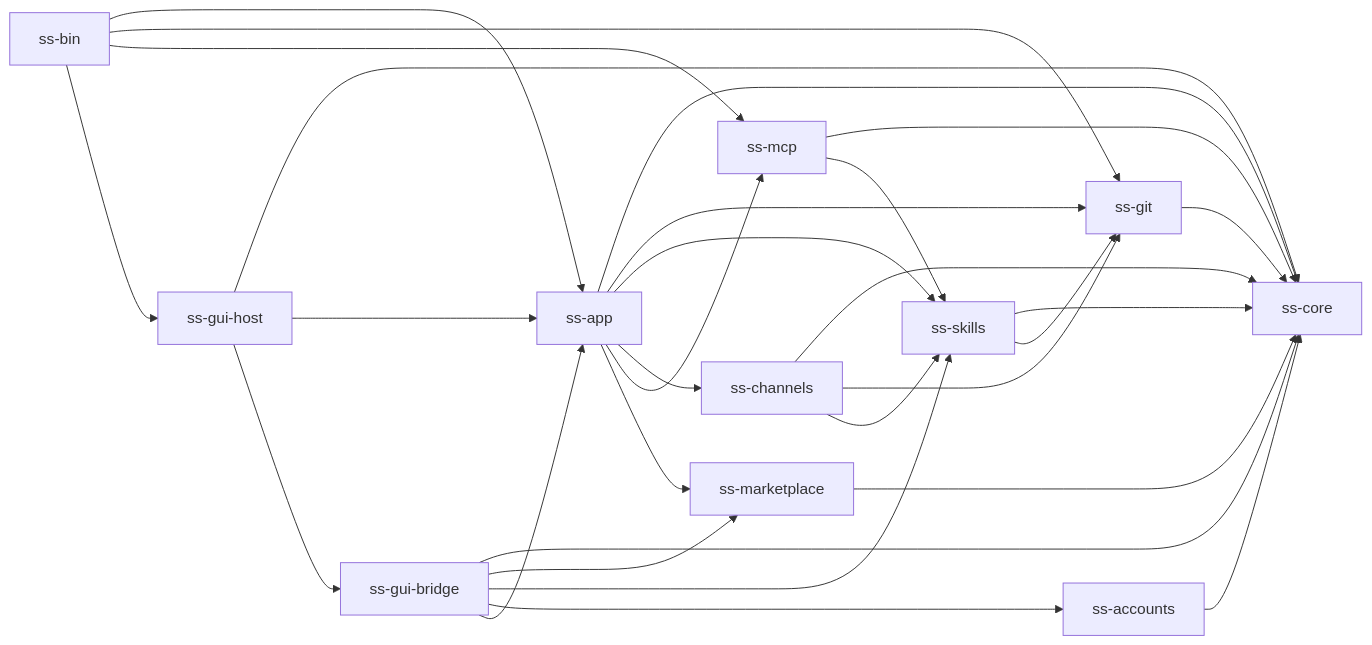
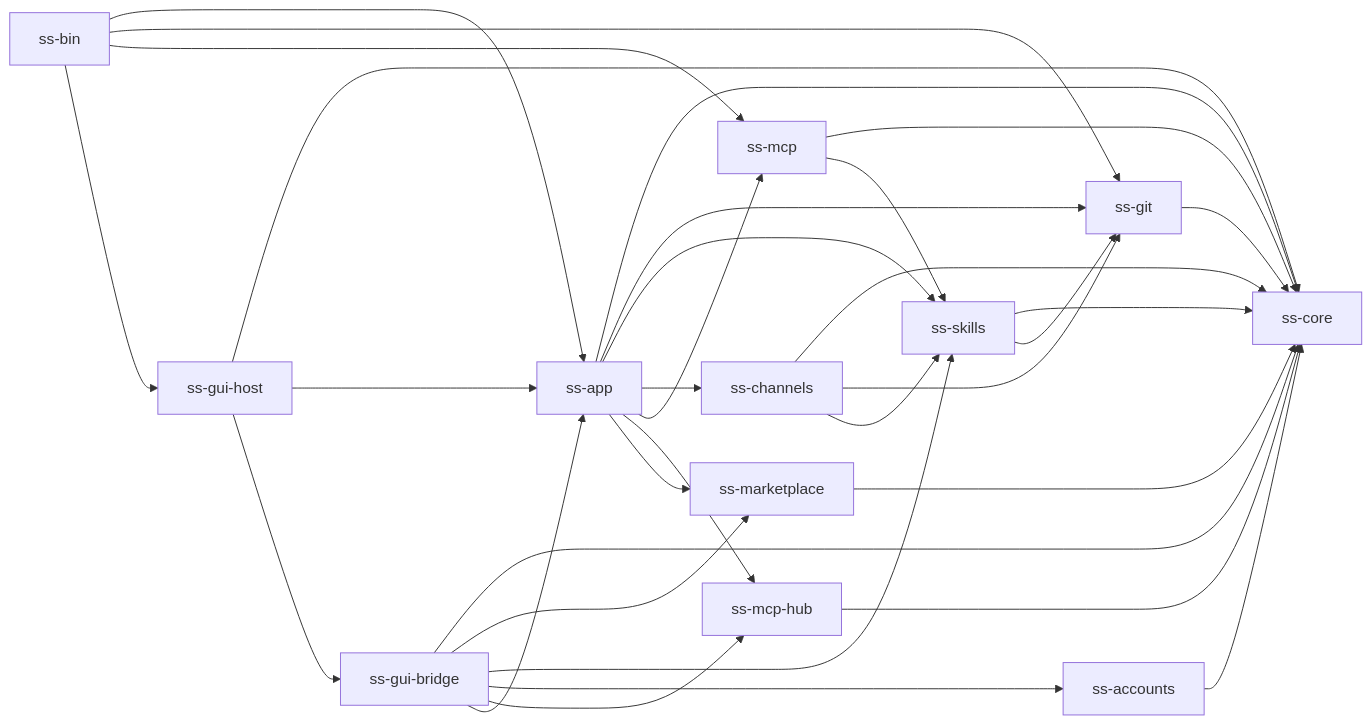
One commit to xxww0098/SkillStar changed the diagram in docs/boundaries.md. Above: the diagram before and after it, drawn with Mermaid. The commit also changed other lines of this file and 496 other files, not shown here.

First line of the commit message:
feat: add MCP hub and shared channels, retire Gemini CLI

````diff
--- a/docs/boundaries.md
+++ b/docs/boundaries.md
@@ -80,43 +82,47 @@
 ```mermaid
 flowchart LR
   core["ss-core"]
   git["ss-git"]
   accounts["ss-accounts"]
   market["ss-marketplace"]
   skills["ss-skills"]
   channels["ss-channels"]
   mcp["ss-mcp"]
+  mcphub["ss-mcp-hub"]
   app["ss-app"]
   bridge["ss-gui-bridge"]
   host["ss-gui-host"]
   bin["ss-bin"]
 
   git --> core
   accounts --> core
   market --> core
   skills --> core
   skills --> git
   channels --> core
   channels --> git
   channels --> skills
   mcp --> core
   mcp --> skills
+  mcphub --> core
   app --> core
   app --> git
   app --> skills
   app --> channels
   app --> mcp
+  app --> mcphub
   app --> market
   bridge --> core
   bridge --> market
   bridge --> skills
   bridge --> accounts
+  bridge --> mcphub
   bridge --> app
   host --> core
   host --> app
   host --> bridge
   bin --> app
   bin --> git
   bin --> mcp
   bin --> host
 ```
````
